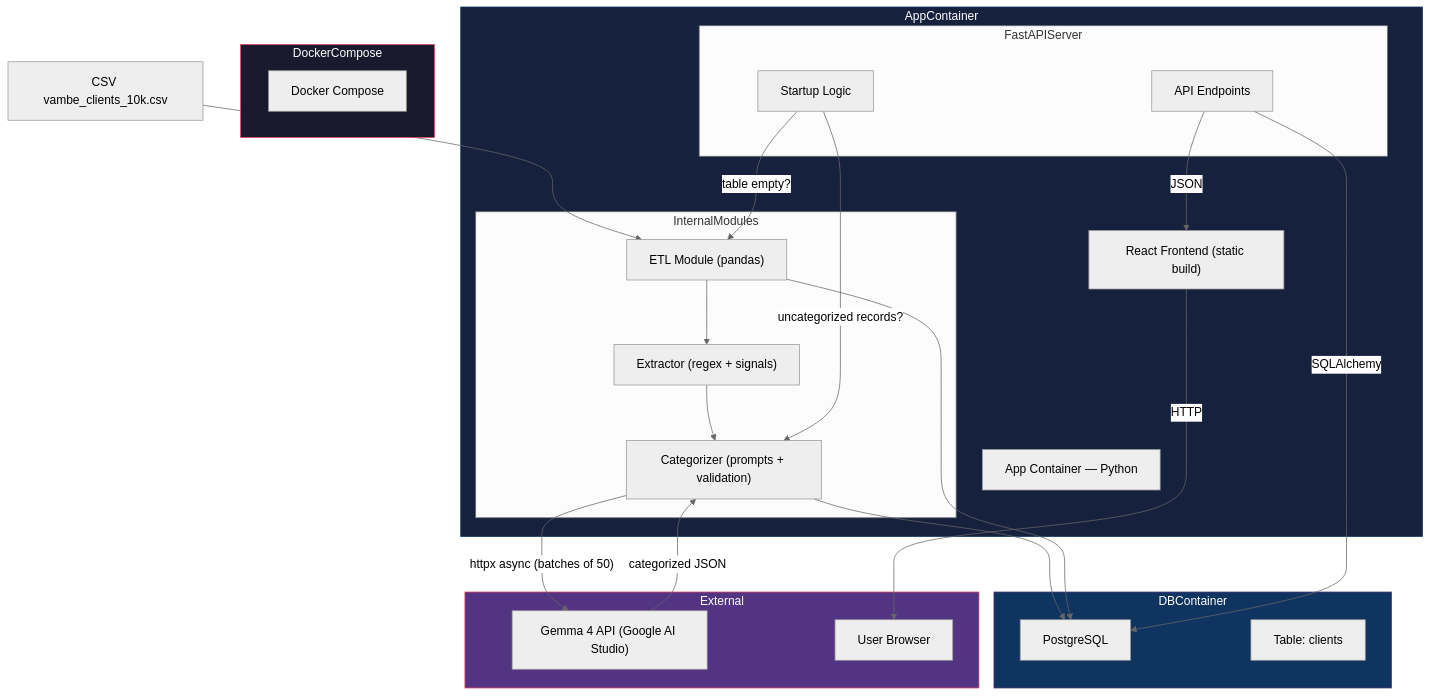
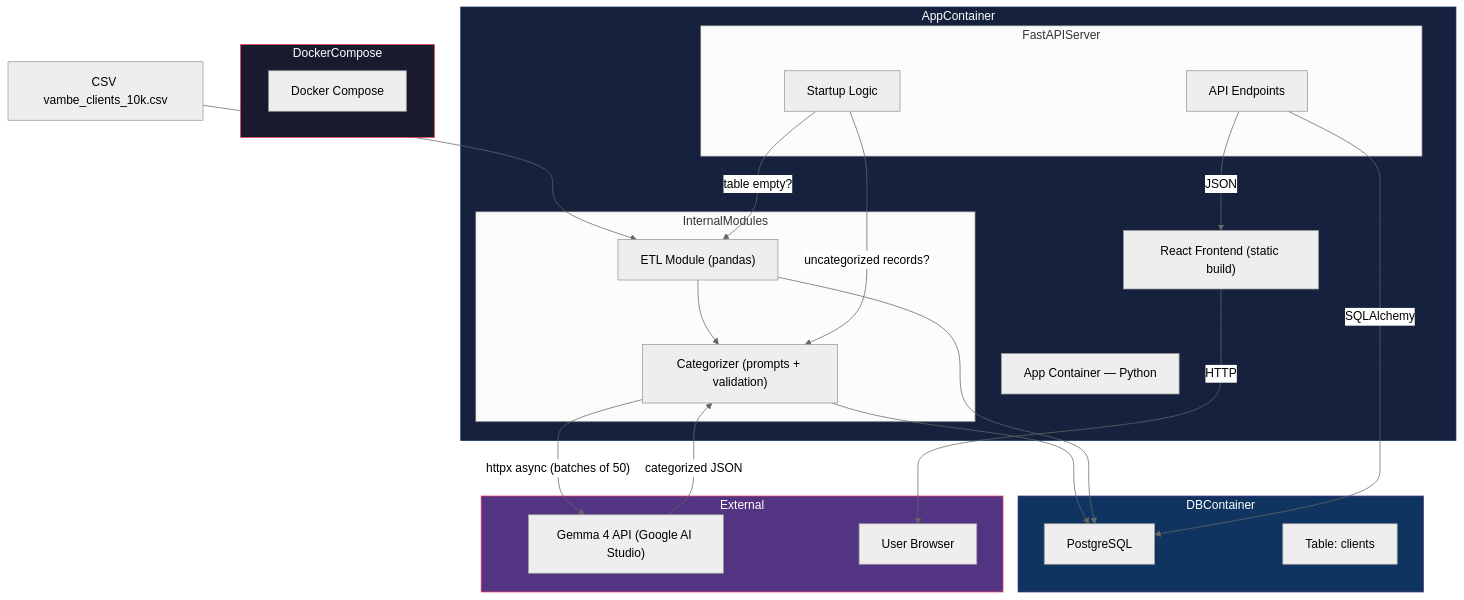
The first of 3 diagrams in docs/architecture.md (jcarrascoa7/vambe-technical-test), drawn with Mermaid (neutral theme) before and after one commit. The commit also changed other lines of this file and 4 other files, not shown here.

First line of the commit message:
docs: update architecture to reflect LLM-only categorization

````diff
--- a/docs/architecture.md
+++ b/docs/architecture.md
@@ -28,53 +28,51 @@
 ```mermaid
 graph TB
     subgraph DockerCompose
         DockerLabel["Docker Compose"]
     end
 
     subgraph AppContainer
         AppLabel["App Container — Python"]
 
         subgraph FastAPIServer
             API["API Endpoints"]
             Startup["Startup Logic"]
         end
 
         subgraph InternalModules
             ETL["ETL Module (pandas)"]
             CAT["Categorizer (prompts + validation)"]
-            EXTRACT["Extractor (regex + signals)"]
         end
 
         ReactBlock["React Frontend (static build)"]
     end
 
     subgraph DBContainer
         PostgresLabel["PostgreSQL"]
         Tables["Table: clients"]
     end
 
     subgraph External
         Gemma["Gemma 4 API (Google AI Studio)"]
         Browser["User Browser"]
     end
 
     CSVFile["CSV vambe_clients_10k.csv"] --> ETL
-    ETL --> EXTRACT
-    EXTRACT --> CAT
+    ETL --> CAT
     CAT -->|"httpx async (batches of 50)"| Gemma
     Gemma -->|"categorized JSON"| CAT
     CAT --> PostgresLabel
     ETL --> PostgresLabel
 
     Startup -->|"table empty?"| ETL
     Startup -->|"uncategorized records?"| CAT
 
     API -->|"SQLAlchemy"| PostgresLabel
     API -->|"JSON"| ReactBlock
     ReactBlock -->|"HTTP"| Browser
 
     style DockerCompose fill:#1a1a2e,stroke:#e94560,color:#fff
     style AppContainer fill:#16213e,stroke:#0f3460,color:#fff
     style DBContainer fill:#0f3460,stroke:#533483,color:#fff
     style External fill:#533483,stroke:#e94560,color:#fff
 ```
````
